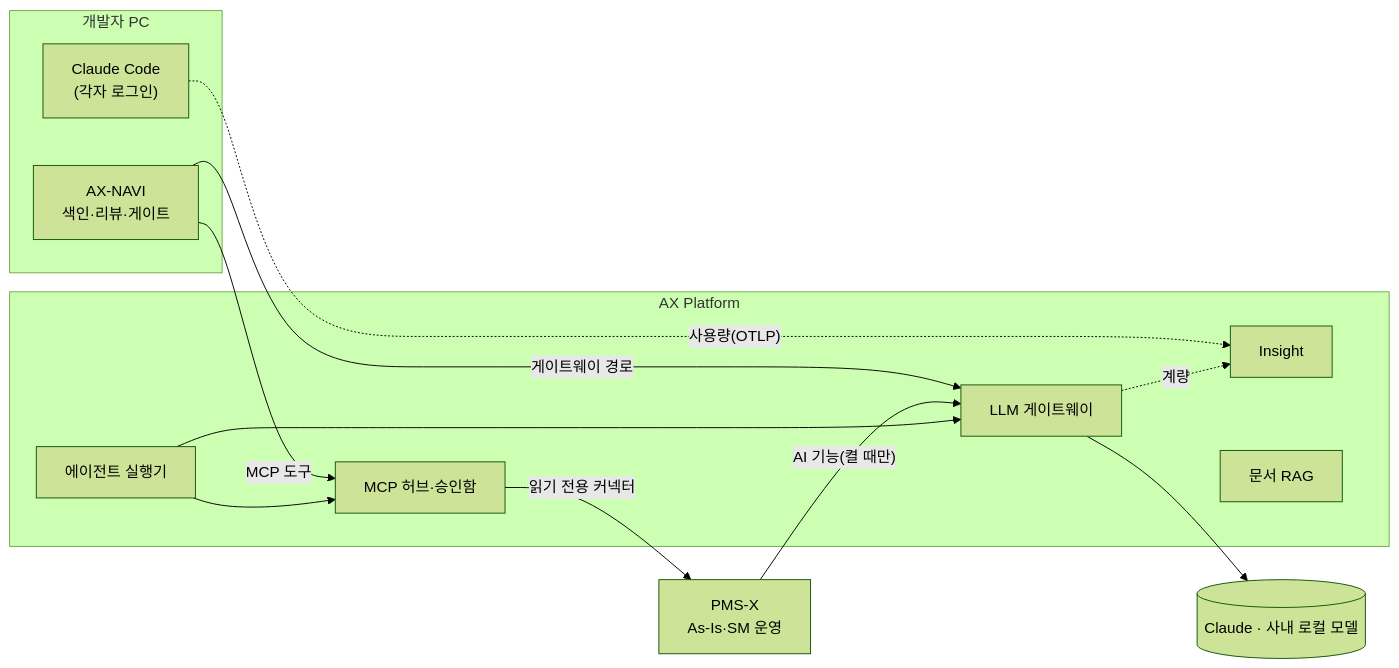
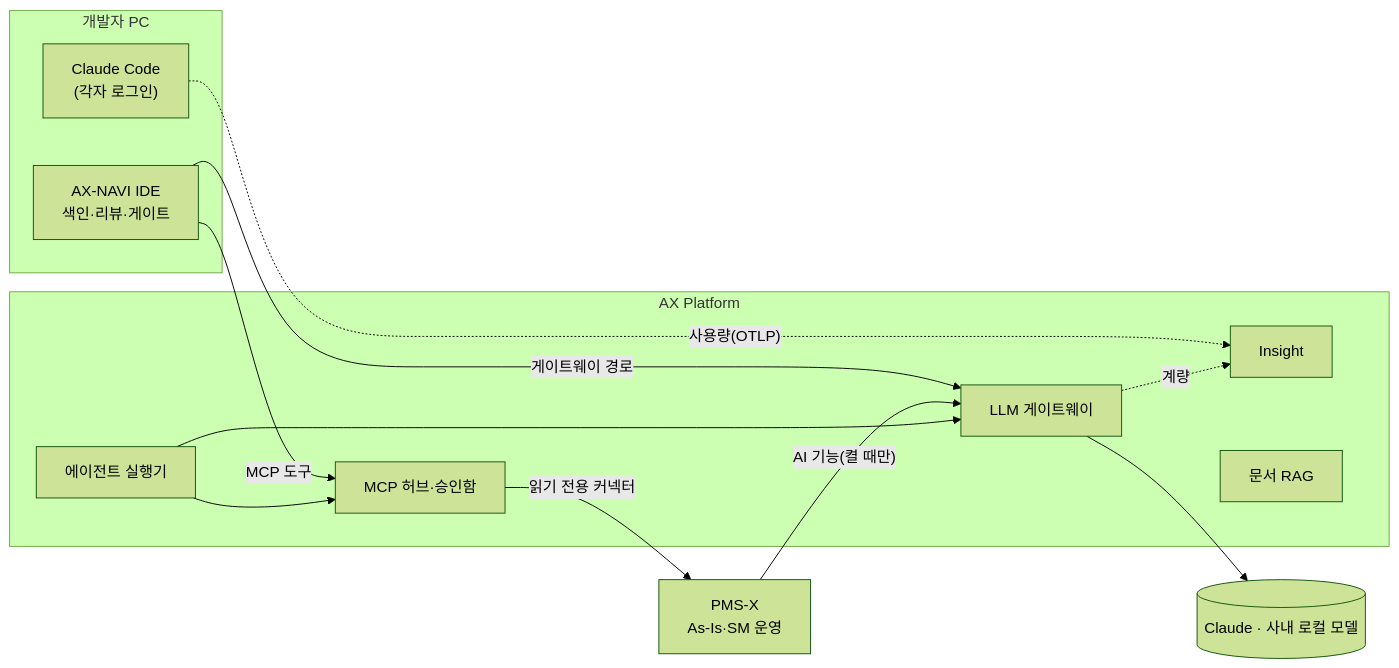
The diagram in README.md (Malburi/hnix-ax-site), drawn with Mermaid (forest theme) before and after one commit. The commit also changed other lines of this file and 17 other files, not shown here.

First line of the commit message:
AX-NAVI 절을 AX-NAVI IDE 중심으로 재구성

````diff
--- a/README.md
+++ b/README.md
@@ -41,25 +41,25 @@
 ```mermaid
 flowchart LR
     subgraph DEV["개발자 PC"]
-        NAVI["AX-NAVI<br/>색인·리뷰·게이트"]
+        NAVI["AX-NAVI IDE<br/>색인·리뷰·게이트"]
         CC["Claude Code<br/>(각자 로그인)"]
     end
     subgraph PLAT["AX Platform"]
         GW["LLM 게이트웨이"]
         HUB["MCP 허브·승인함"]
         INS["Insight"]
         RAG["문서 RAG"]
         RUN["에이전트 실행기"]
     end
     PMSX["PMS-X<br/>As-Is·SM 운영"]
     LLM[("Claude · 사내 로컬 모델")]
     NAVI -- "게이트웨이 경로" --> GW
     NAVI -- "MCP 도구" --> HUB
     CC -. "사용량(OTLP)" .-> INS
     PMSX -- "AI 기능(켤 때만)" --> GW
     HUB -- "읽기 전용 커넥터" --> PMSX
     RUN --> GW
     RUN --> HUB
     GW --> LLM
     GW -. "계량" .-> INS
 ```
````
